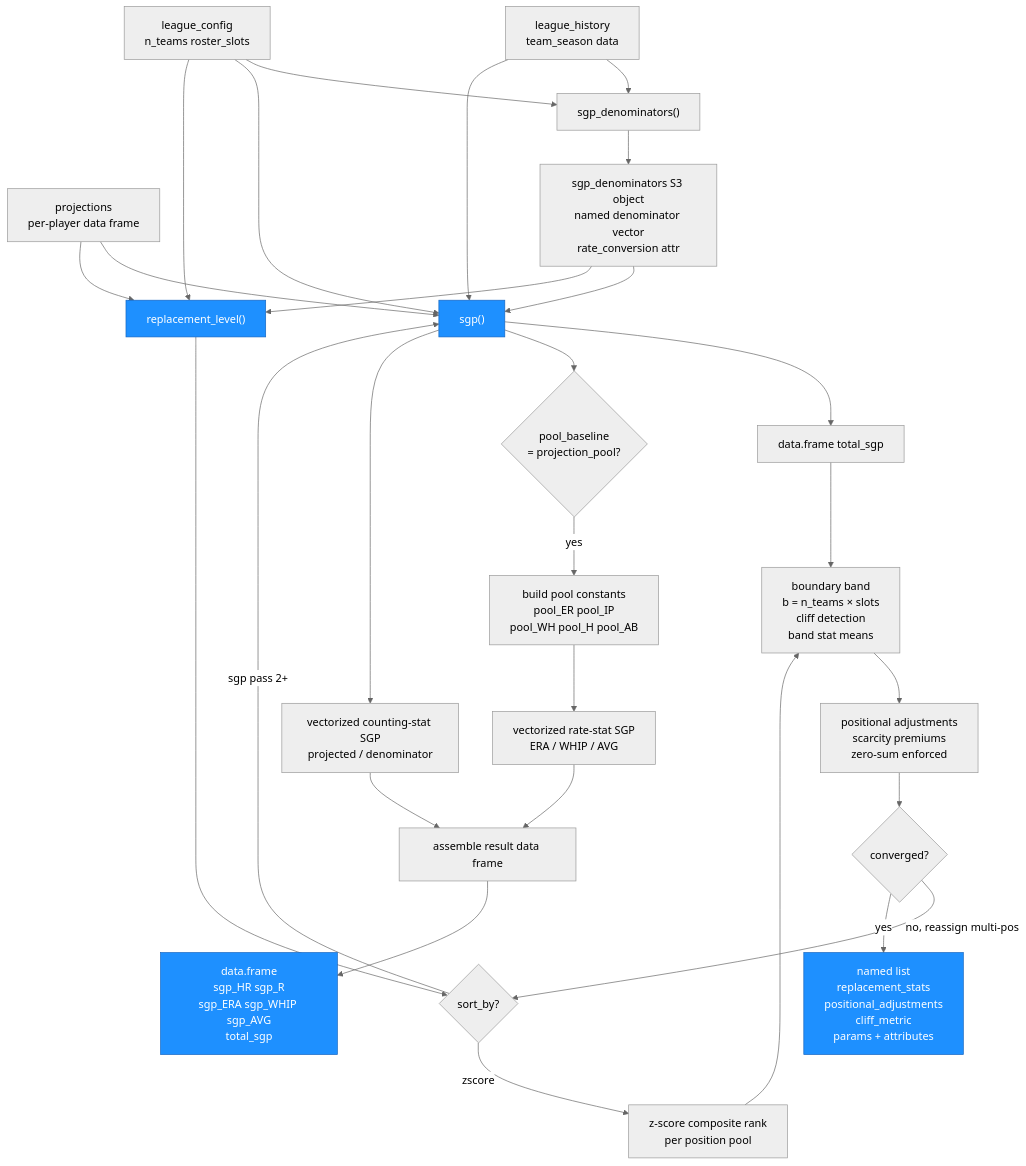
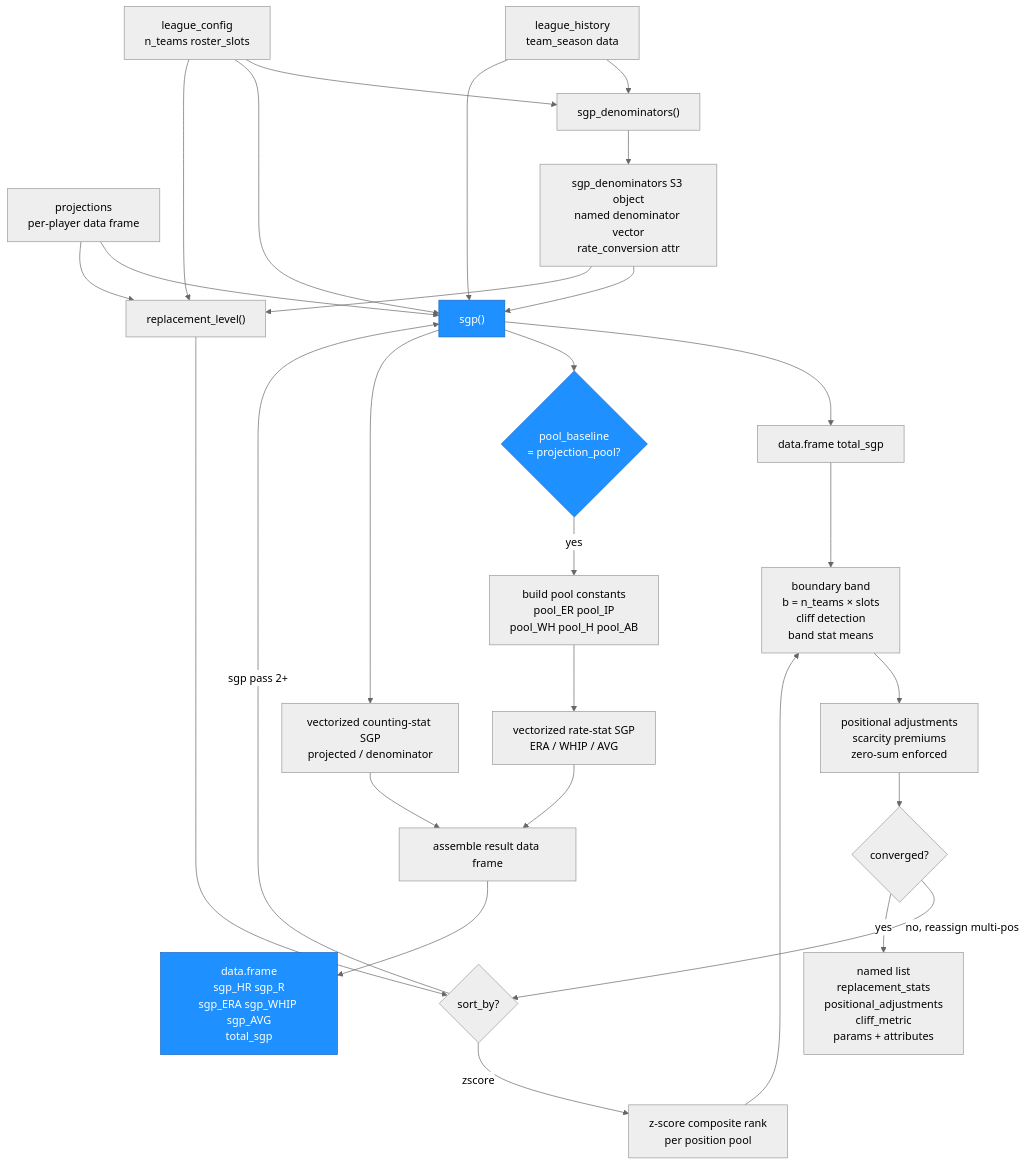
One commit to JDenn0514/rotostats changed the fifth of 5 diagrams in ARCHITECTURE.md. Above: the diagram before and after it, drawn with Mermaid. The commit also changed other lines of this file and 1 other file, not shown here.

First line of the commit message:
docs(sgp): regenerate man/sgp.Rd for pool_baseline + warning-class split

````diff
--- a/ARCHITECTURE.md
+++ b/ARCHITECTURE.md
@@ -207,49 +205,48 @@
 ```mermaid
 %%{init: {'theme': 'neutral'}}%%
 graph TD
     IN1["league_history\nteam_season data"]
     IN2["league_config\nn_teams roster_slots"]
     IN3["projections\nper-player data frame"]
 
     IN1 --> SD["sgp_denominators()"]
     IN2 --> SD
     SD --> DENOM["sgp_denominators S3 object\nnamed denominator vector\nrate_conversion attr"]
 
     IN1 --> SGP["sgp()"]
     IN2 --> SGP
     IN3 --> SGP
     DENOM --> SGP
 
     IN2 --> RL["replacement_level()"]
     IN3 --> RL
     DENOM --> RL
 
     RL --> ITER{"sort_by?"}
     ITER -- zscore --> ZSCORE["z-score composite rank\nper position pool"]
     ITER -- sgp pass 2+ --> SGP
 
     ZSCORE --> BOUNDARY["boundary band\nb = n_teams × slots\ncliff detection\nband stat means"]
     SGP --> SGPOUT["data.frame total_sgp"]
     SGPOUT --> BOUNDARY
 
     BOUNDARY --> POSADJ["positional adjustments\nscarcity premiums\nzero-sum enforced"]
     POSADJ --> CONVCHECK{"converged?"}
     CONVCHECK -- no, reassign multi-pos --> ITER
     CONVCHECK -- yes --> ROUT["named list\nreplacement_stats\npositional_adjustments\ncliff_metric\nparams + attributes"]
 
     SGP --> POOL_CONST{"pool_baseline\n= projection_pool?"}
     POOL_CONST -- yes --> BUILD_POOL["build pool constants\npool_ER pool_IP\npool_WH pool_H pool_AB"]
     BUILD_POOL --> RATE_SGP["vectorized rate-stat SGP\nERA / WHIP / AVG"]
 
     SGP --> COUNT_SGP["vectorized counting-stat SGP\nprojected / denominator"]
 
     RATE_SGP --> ASSEMBLE["assemble result data frame"]
     COUNT_SGP --> ASSEMBLE
 
     ASSEMBLE --> OUT["data.frame\nsgp_HR sgp_R\nsgp_ERA sgp_WHIP sgp_AVG\ntotal_sgp"]
 
-    style RL fill:#1e90ff,stroke:#1565c0,color:#fff
-    style ROUT fill:#1e90ff,stroke:#1565c0,color:#fff
     style SGP fill:#1e90ff,stroke:#1565c0,color:#fff
     style OUT fill:#1e90ff,stroke:#1565c0,color:#fff
+    style POOL_CONST fill:#1e90ff,stroke:#1565c0,color:#fff
 ```
````
